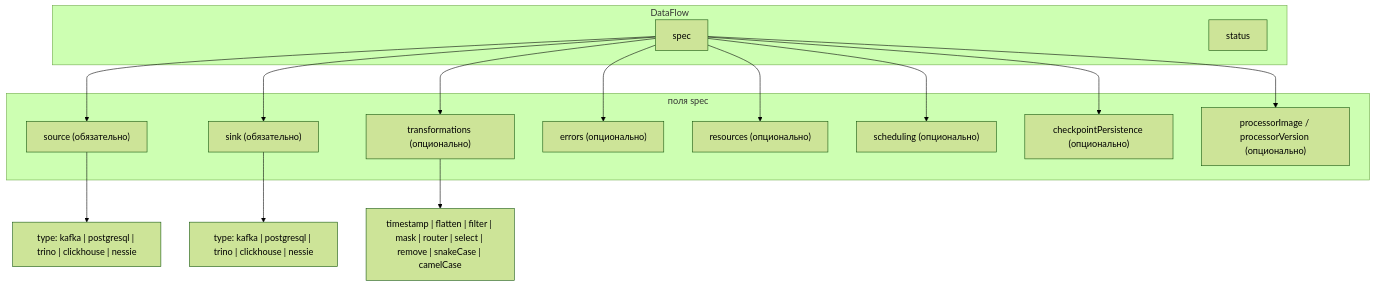
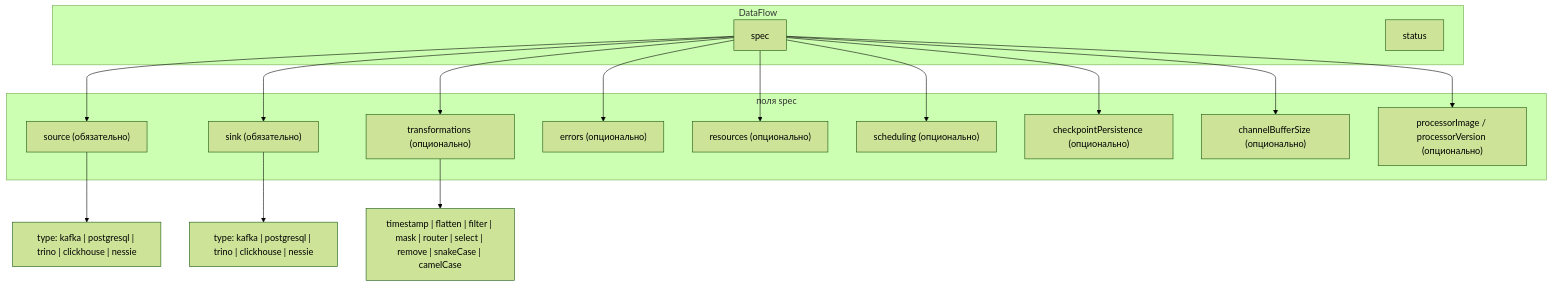
The second of 5 diagrams in docs/ru/architecture.md (dataflow-operator/docs), drawn with Mermaid (forest theme) before and after one commit. The commit also changed other lines of this file and 5 other files, not shown here.

````diff
--- a/docs/ru/architecture.md
+++ b/docs/ru/architecture.md
@@ -65,31 +66,33 @@
 ```mermaid
 flowchart TB
   subgraph DataFlow["DataFlow"]
     Spec["spec"]
     Status["status"]
   end
 
   subgraph SpecFields["поля spec"]
     Source["source (обязательно)"]
     Sink["sink (обязательно)"]
     Trans["transformations (опционально)"]
     Errors["errors (опционально)"]
     Resources["resources (опционально)"]
     Scheduling["scheduling (опционально)"]
     Checkpoint["checkpointPersistence (опционально)"]
+    ChannelBuffer["channelBufferSize (опционально)"]
     Image["processorImage / processorVersion (опционально)"]
   end
 
   Source --> SourceTypes["type: kafka | postgresql | trino | clickhouse | nessie"]
   Sink --> SinkTypes["type: kafka | postgresql | trino | clickhouse | nessie"]
   Trans --> TransTypes["timestamp | flatten | filter | mask | router | select | remove | snakeCase | camelCase"]
 
   Spec --> Source
   Spec --> Sink
   Spec --> Trans
   Spec --> Errors
   Spec --> Resources
   Spec --> Scheduling
   Spec --> Checkpoint
+  Spec --> ChannelBuffer
   Spec --> Image
 ```
````
